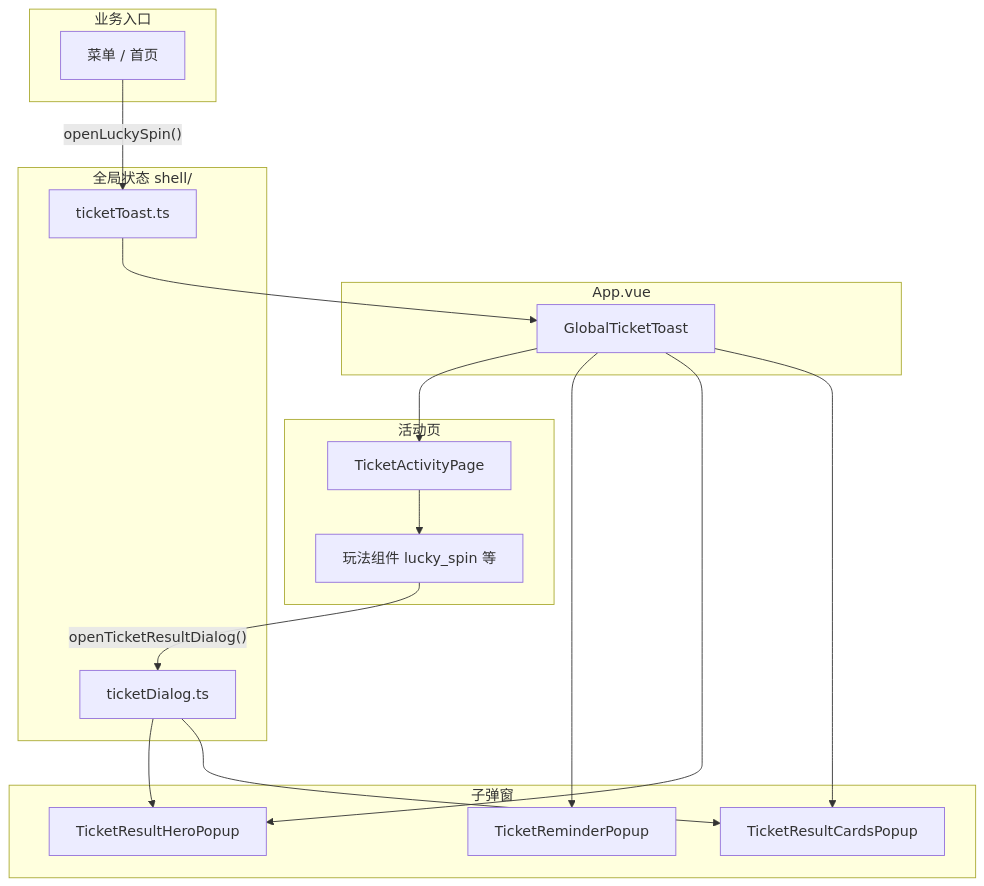
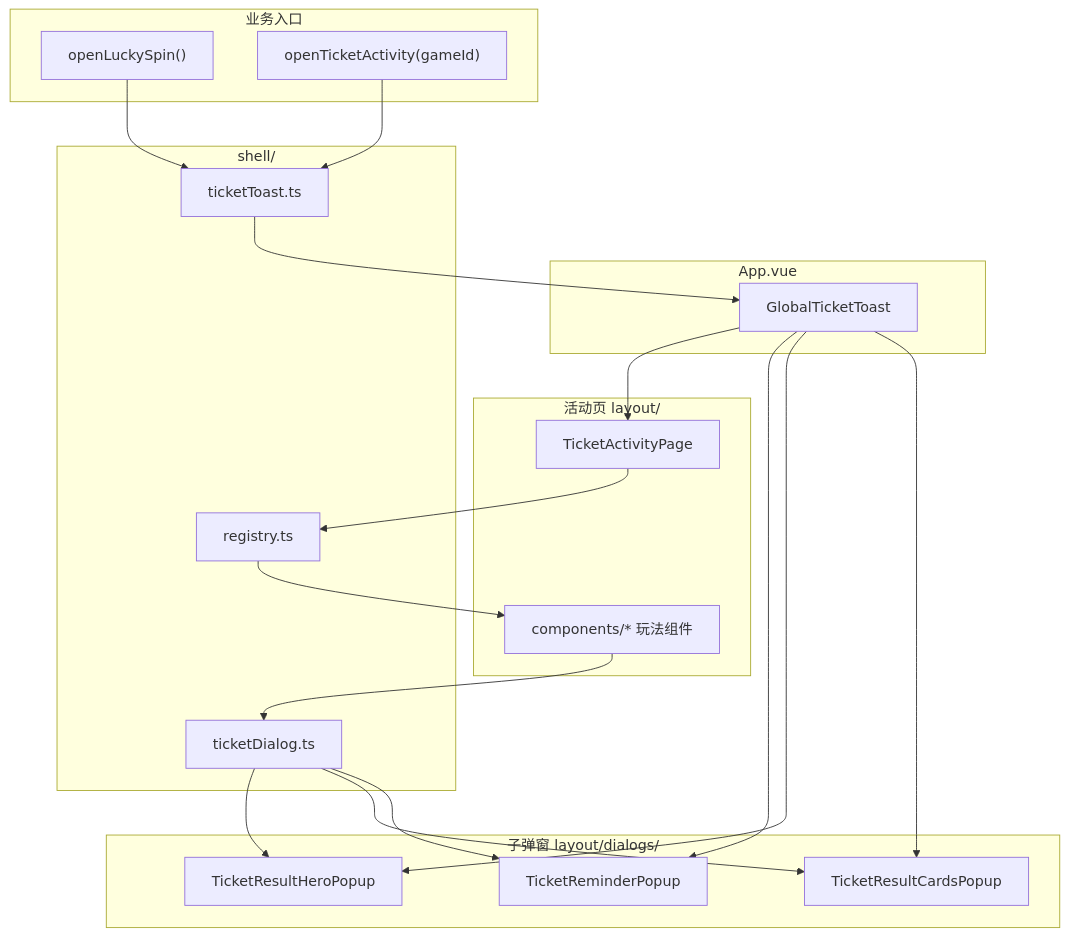
The second of 2 diagrams in src/views/activity/ticket/README.md (bell012/tgGame), drawn with Mermaid before and after one commit. The commit also changed other lines of this file, not shown here.

````diff
--- a/src/views/activity/ticket/README.md
+++ b/src/views/activity/ticket/README.md
@@ -56,37 +487,42 @@
 ```mermaid
 flowchart TB
   subgraph entry [业务入口]
-    Menu["菜单 / 首页"]
+    OL["openLuckySpin()"]
+    OA["openTicketActivity(gameId)"]
   end
 
   subgraph app [App.vue]
     GT["GlobalTicketToast"]
   end
 
-  subgraph page [活动页]
+  subgraph page [活动页 layout/]
     TAP["TicketActivityPage"]
-    Game["玩法组件 lucky_spin 等"]
+    Game["components/* 玩法组件"]
   end
 
-  subgraph dialogs [子弹窗]
+  subgraph dialogs [子弹窗 layout/dialogs/]
     Reminder["TicketReminderPopup"]
     Hero["TicketResultHeroPopup"]
     Cards["TicketResultCardsPopup"]
   end
 
-  subgraph state [全局状态 shell/]
+  subgraph state [shell/]
     ToastState["ticketToast.ts"]
     DialogState["ticketDialog.ts"]
+    Registry["registry.ts"]
   end
 
-  Menu -->|"openLuckySpin()"| ToastState
+  OL --> ToastState
+  OA --> ToastState
   ToastState --> GT
   GT --> TAP
-  TAP --> Game
+  TAP --> Registry
+  Registry --> Game
   GT --> Reminder
   GT --> Hero
   GT --> Cards
-  Game -->|"openTicketResultDialog()"| DialogState
+  Game --> DialogState
   DialogState --> Hero
   DialogState --> Cards
+  DialogState --> Reminder
 ```
````
